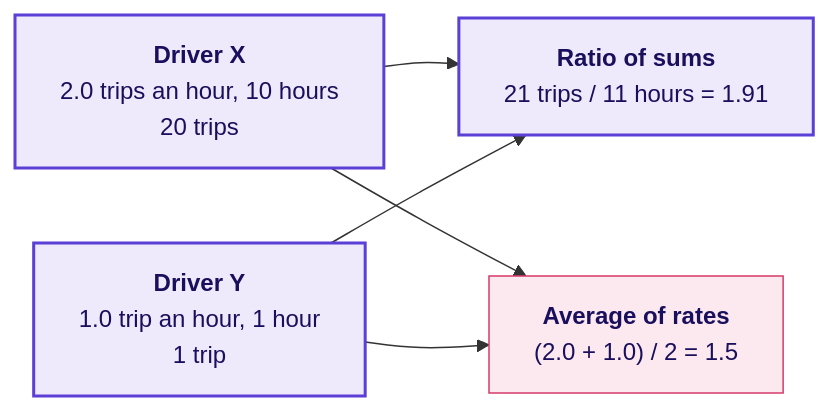
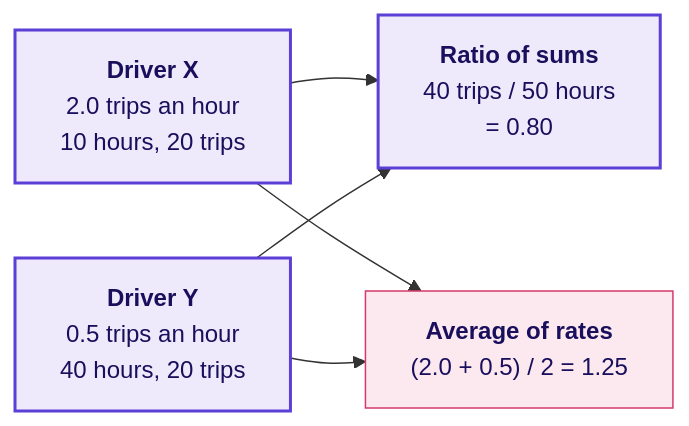
One commit to fde-academy-lab/c2-content-factory changed the sixth of 12 diagrams in content/W04/D1/whiteboards/C2_W04_D01_board_work_STUDENT.md. Above: the diagram before and after it, drawn with Mermaid. The commit also changed other lines of this file and 8 other files, not shown here.

````diff
--- a/content/W04/D1/whiteboards/C2_W04_D01_board_work_STUDENT.md
+++ b/content/W04/D1/whiteboards/C2_W04_D01_board_work_STUDENT.md
@@ -153,11 +153,11 @@
 ```mermaid
 flowchart LR
-    X["<b>Driver X</b><br/>2.0 trips an hour, 10 hours<br/>20 trips"] --> S["<b>Ratio of sums</b><br/>21 trips / 11 hours = 1.91"]
-    Y["<b>Driver Y</b><br/>1.0 trip an hour, 1 hour<br/>1 trip"] --> S
-    X --> M["<b>Average of rates</b><br/>(2.0 + 1.0) / 2 = 1.5"]
+    X["<b>Driver X</b><br/>2.0 trips an hour<br/>10 hours, 20 trips"] --> S["<b>Ratio of sums</b><br/>40 trips / 50 hours<br/>= 0.80"]
+    Y["<b>Driver Y</b><br/>0.5 trips an hour<br/>40 hours, 20 trips"] --> S
+    X --> M["<b>Average of rates</b><br/>(2.0 + 0.5) / 2 = 1.25"]
     Y --> M
     classDef known fill:#EEEAFB,stroke:#5B3FD6,color:#1A0F5C,stroke-width:2px
     classDef bad fill:#FBE9EF,stroke:#D63A6A,color:#1A0F5C
     class X,Y,S known
     class M bad
 ```
````
